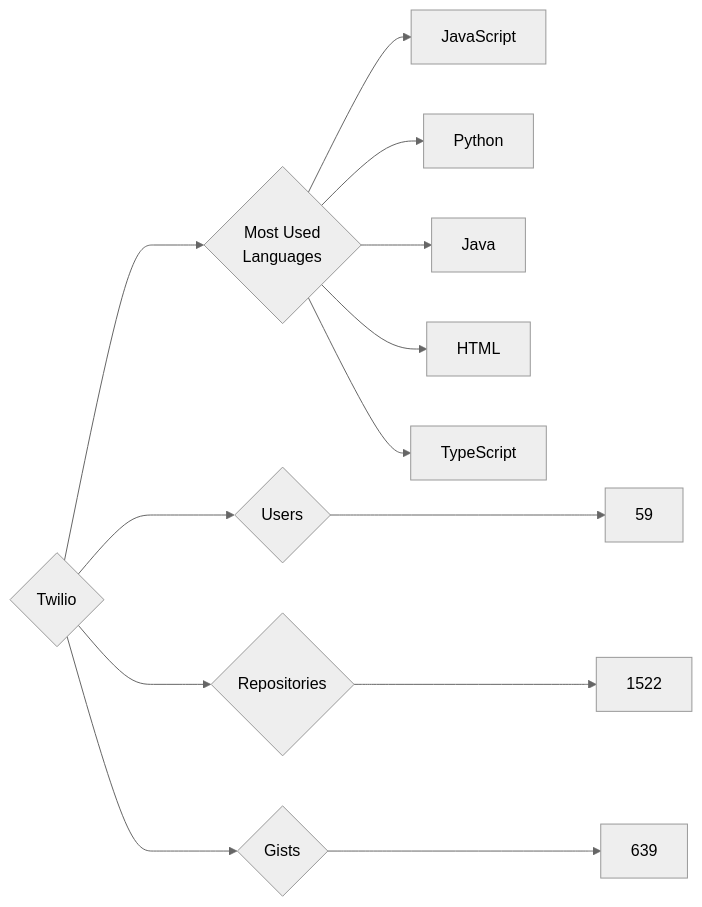
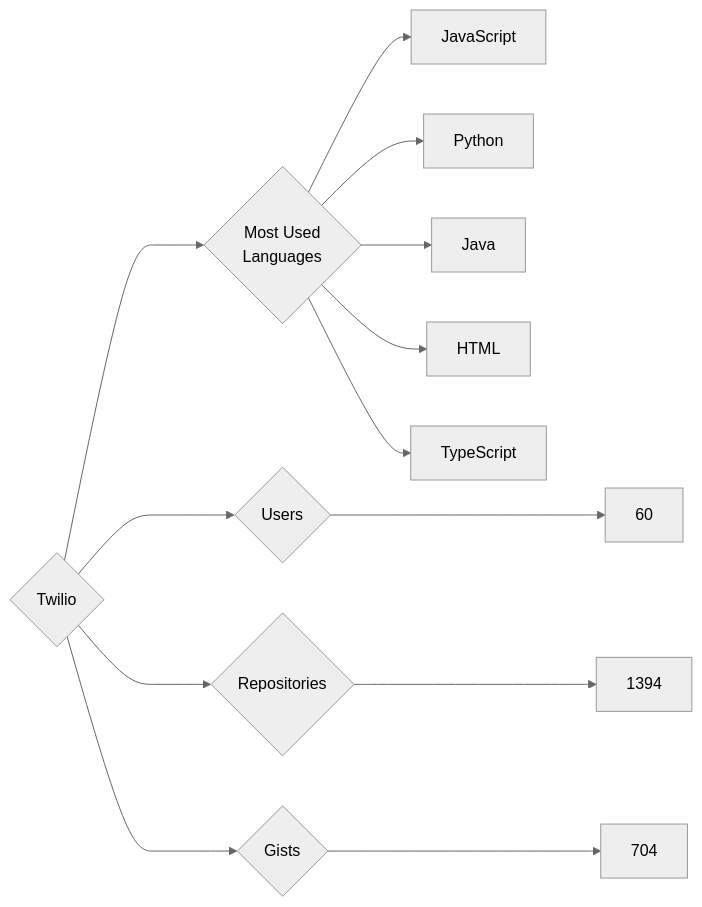
The diagram in targets/Twilio/README.md (trickest/insiders), drawn with Mermaid (neutral theme) before and after one commit. The commit also changed 920 other files, not shown here.

````diff
--- a/targets/Twilio/README.md
+++ b/targets/Twilio/README.md
@@ -3,13 +3,13 @@
 ```mermaid
 graph LR
 COMPANY_NAME{Twilio}
-COMPANY_NAME ---> U{Users} ---> UN[59]
-COMPANY_NAME ---> R{Repositories} ---> RN[1522]
-COMPANY_NAME ---> G{Gists} ---> GN[639]
+COMPANY_NAME ---> U{Users} ---> UN[60]
+COMPANY_NAME ---> R{Repositories} ---> RN[1394]
+COMPANY_NAME ---> G{Gists} ---> GN[704]
 COMPANY_NAME ---> ML{Most Used<br>Languages}
 ML --> JavaScript[JavaScript]
 ML --> Python[Python]
 ML --> Java[Java]
 ML --> HTML[HTML]
 ML --> TypeScript[TypeScript]
 ```
````
